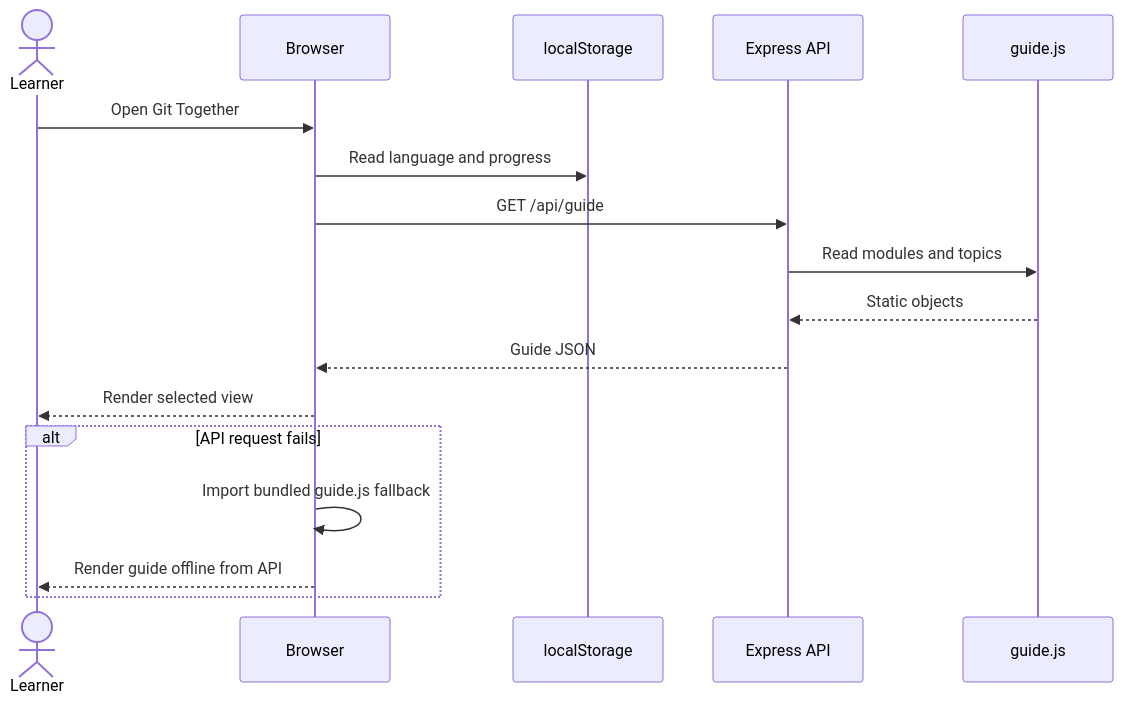
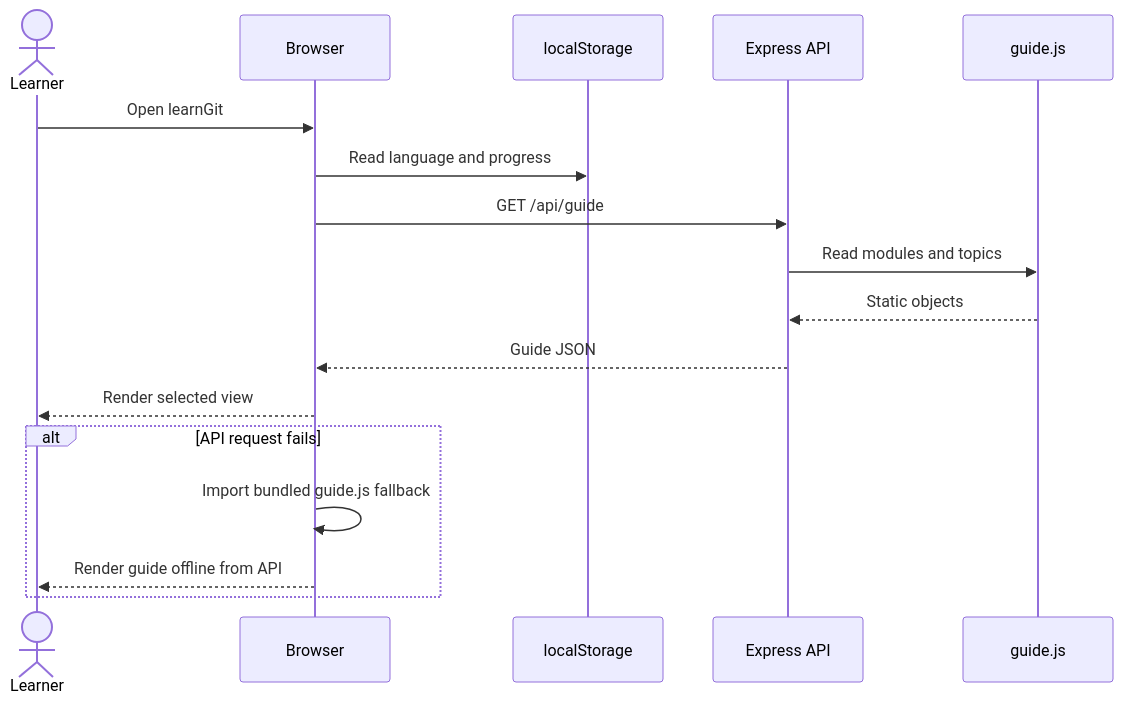
Before and after one commit to MoriartyLink/git-guide: the fifth of 9 diagrams in docs/ARCHITECTURE.md, drawn with Mermaid. The commit also changed other lines of this file and 26 other files, not shown here.

````diff
--- a/docs/ARCHITECTURE.md
+++ b/docs/ARCHITECTURE.md
@@ -249,21 +266,21 @@
 ```mermaid
 sequenceDiagram
     actor Learner
     participant Browser
     participant Storage as localStorage
     participant API as Express API
     participant Guide as guide.js
 
-    Learner->>Browser: Open Git Together
+    Learner->>Browser: Open learnGit
     Browser->>Storage: Read language and progress
     Browser->>API: GET /api/guide
     API->>Guide: Read modules and topics
     Guide-->>API: Static objects
     API-->>Browser: Guide JSON
     Browser-->>Learner: Render selected view
 
     alt API request fails
         Browser->>Browser: Import bundled guide.js fallback
         Browser-->>Learner: Render guide offline from API
     end
 ```
````
